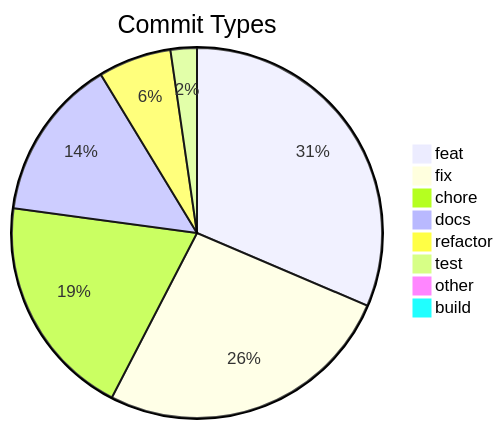
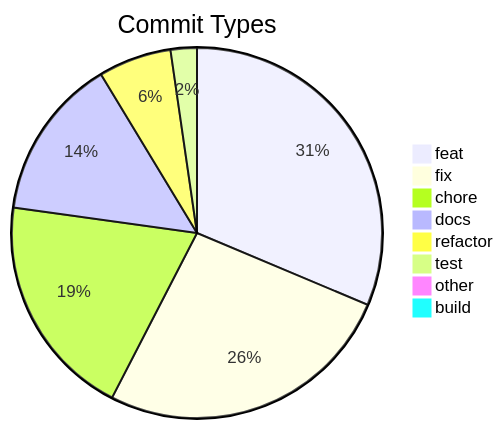
The diagram in .shipwright/compliance/change-history.md (svenroth-ai/shipwright), drawn with Mermaid before and after one commit. The commit also changed other lines of this file and 17 other files, not shown here.

````diff
--- a/.shipwright/compliance/change-history.md
+++ b/.shipwright/compliance/change-history.md
@@ -8,11 +8,11 @@
 ```mermaid
 pie title Commit Types
     "feat" : 246
-    "fix" : 205
-    "chore" : 153
+    "fix" : 206
+    "chore" : 154
     "docs" : 111
     "refactor" : 50
     "test" : 18
     "other" : 7
     "build" : 1
 ```
````
